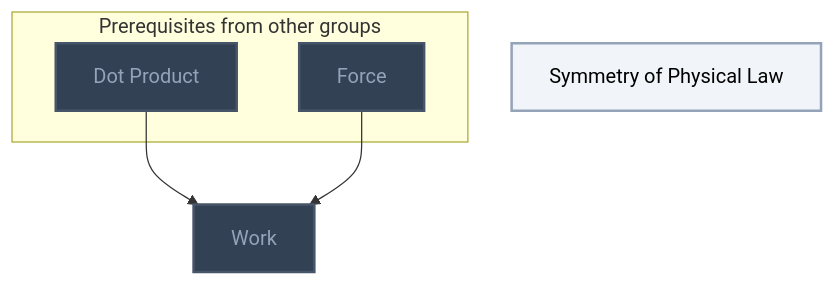
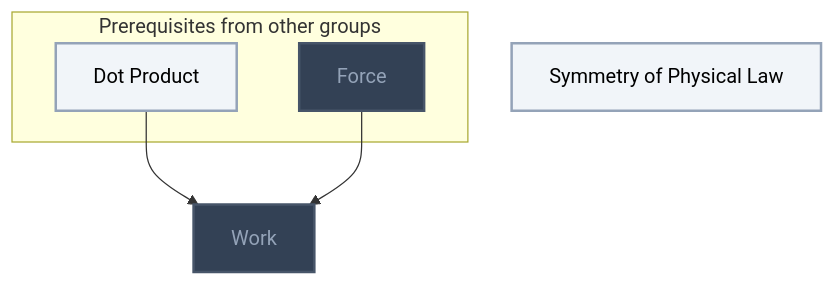
One commit to MRauf1/My-Notes changed the tenth of 18 diagrams in Gamification/Skill Trees/Introduction to Physics.md. Above: the diagram before and after it, drawn with Mermaid. The commit also changed other lines of this file and 156 other files, not shown here.

````diff
--- a/Gamification/Skill Trees/Introduction to Physics.md
+++ b/Gamification/Skill Trees/Introduction to Physics.md
@@ -374,23 +375,23 @@
 ```mermaid
 flowchart TD
     classDef planned fill:#1E293B,stroke:#64748B,stroke-width:2px,stroke-dasharray:5 5,color:#94A3B8;
     classDef locked fill:#334155,stroke:#475569,stroke-width:2px,color:#94A3B8;
     classDef L0 fill:#F1F5F9,stroke:#94A3B8,stroke-width:2px,color:#000000;
     classDef L1 fill:#22C55E,stroke:#15803D,stroke-width:2px,color:#000000;
     classDef L2 fill:#3B82F6,stroke:#1D4ED8,stroke-width:3px,color:#FFFFFF;
     classDef L3 fill:#A855F7,stroke:#6B21A8,stroke-width:3px,color:#FFFFFF,font-weight:bold;
     classDef L4 fill:#F97316,stroke:#C2410C,stroke-width:4px,color:#000000,font-weight:bold;
     classDef L5 fill:#FFD700,stroke:#FF8C00,stroke-width:5px,color:#000000,font-weight:bold;
     classDef rusty stroke:#8B4513,stroke-width:4px,stroke-dasharray:3 3;
     subgraph sg_prereqs["Prerequisites from other groups"]
         n_dot_product["Dot Product"]
         n_force["Force"]
     end
     n_symmetry_of_physical_law["Symmetry of Physical Law"]
     n_work["Work"]
     n_dot_product --> n_work
     n_force --> n_work
-    class n_dot_product,n_force,n_work locked;
-    class n_symmetry_of_physical_law L0;
+    class n_force,n_work locked;
+    class n_dot_product,n_symmetry_of_physical_law L0;
     class n_dot_product,n_force,n_symmetry_of_physical_law,n_work internal-link;
 ```
````
